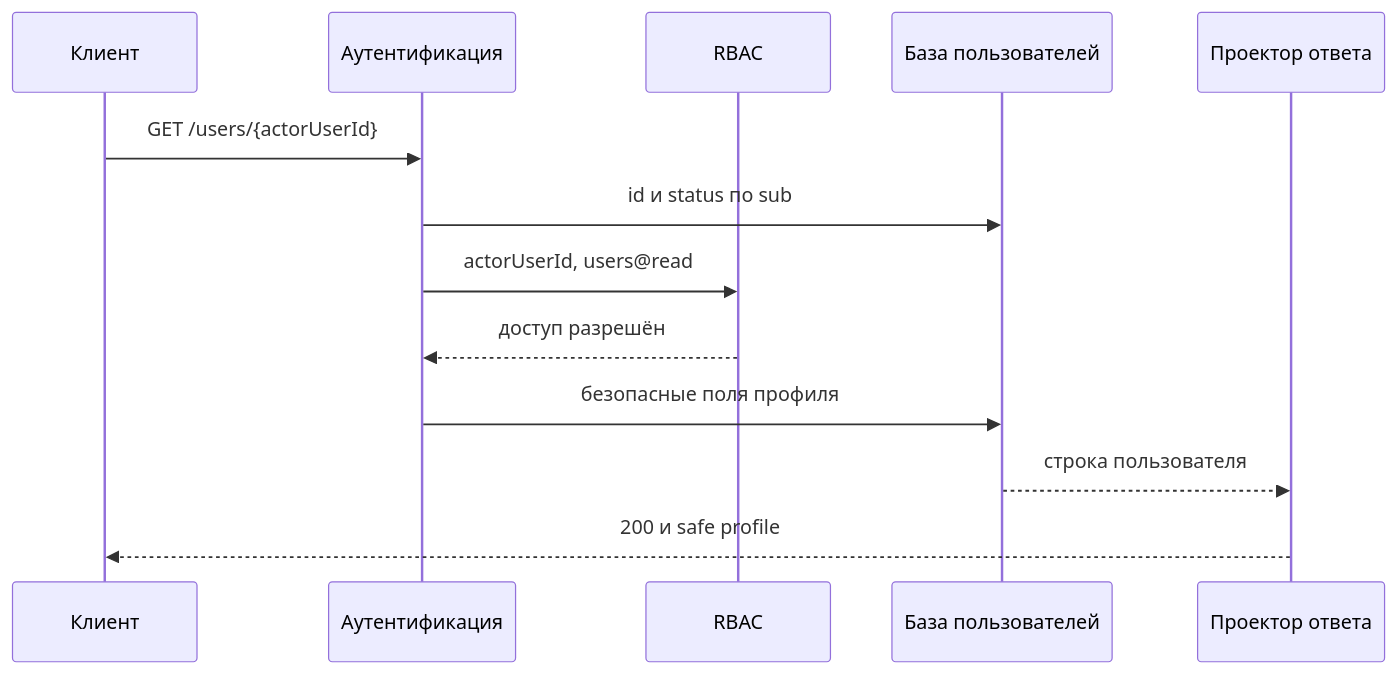
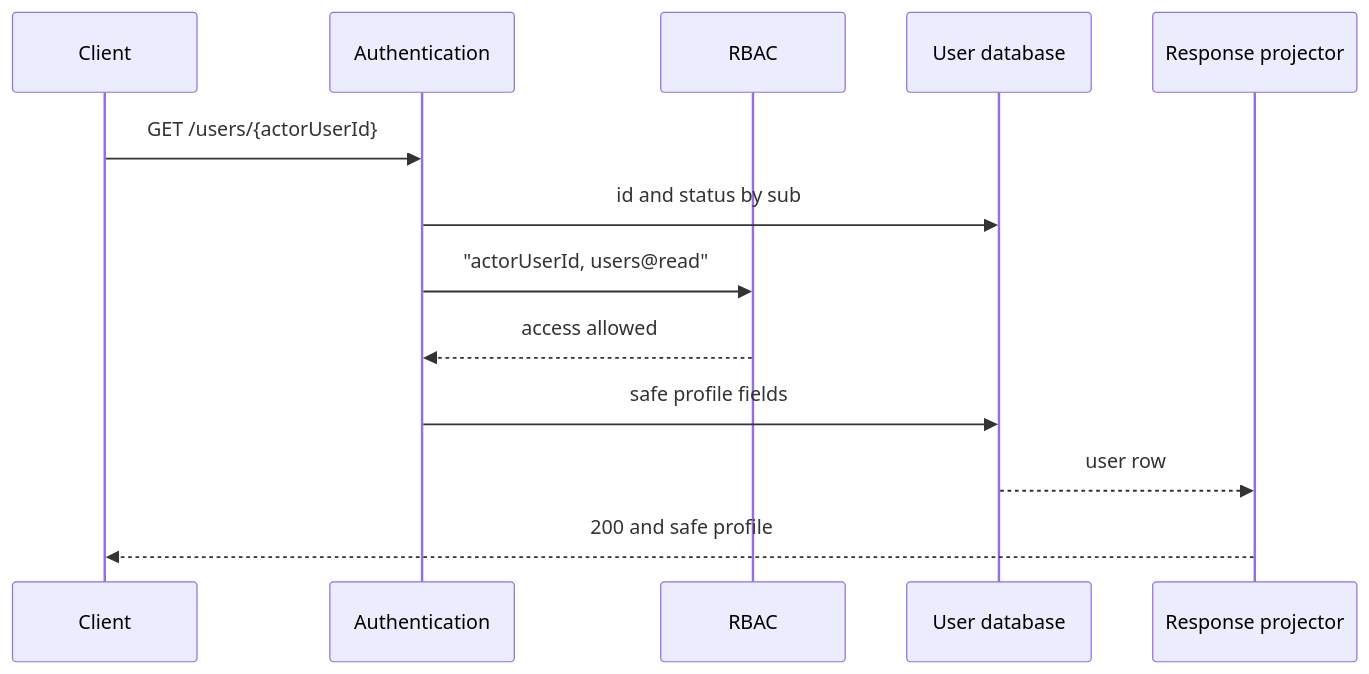
One commit to pavel-skripko-innowise/inno-fe-be-a1 changed the first of 3 diagrams in courses-content/backend/A/1/en/2.1.4 Просмотр данных пользователя.md. Above: the diagram before and after it, drawn with Mermaid. The commit also changed other lines of this file and 35 other files, not shown here.

````diff
--- a/courses-content/backend/A/1/en/2.1.4 Просмотр данных пользователя.md
+++ b/courses-content/backend/A/1/en/2.1.4 Просмотр данных пользователя.md
@@ -35,15 +35,15 @@
 ```mermaid
 sequenceDiagram
-  participant C as Клиент
-  participant A as Аутентификация
+  participant C as Client
+  participant A as Authentication
   participant R as RBAC
-  participant D as База пользователей
-  participant P as Проектор ответа
+  participant D as User database
+  participant P as Response projector
   C->>A: GET /users/{actorUserId}
-  A->>D: id и status по sub
-  A->>R: actorUserId, users@read
-  R-->>A: доступ разрешён
-  A->>D: безопасные поля профиля
-  D-->>P: строка пользователя
-  P-->>C: 200 и safe profile
+  A->>D: id and status by sub
+  A->>R: "actorUserId, users@read"
+  R-->>A: access allowed
+  A->>D: safe profile fields
+  D-->>P: user row
+  P-->>C: 200 and safe profile
 ```
````
